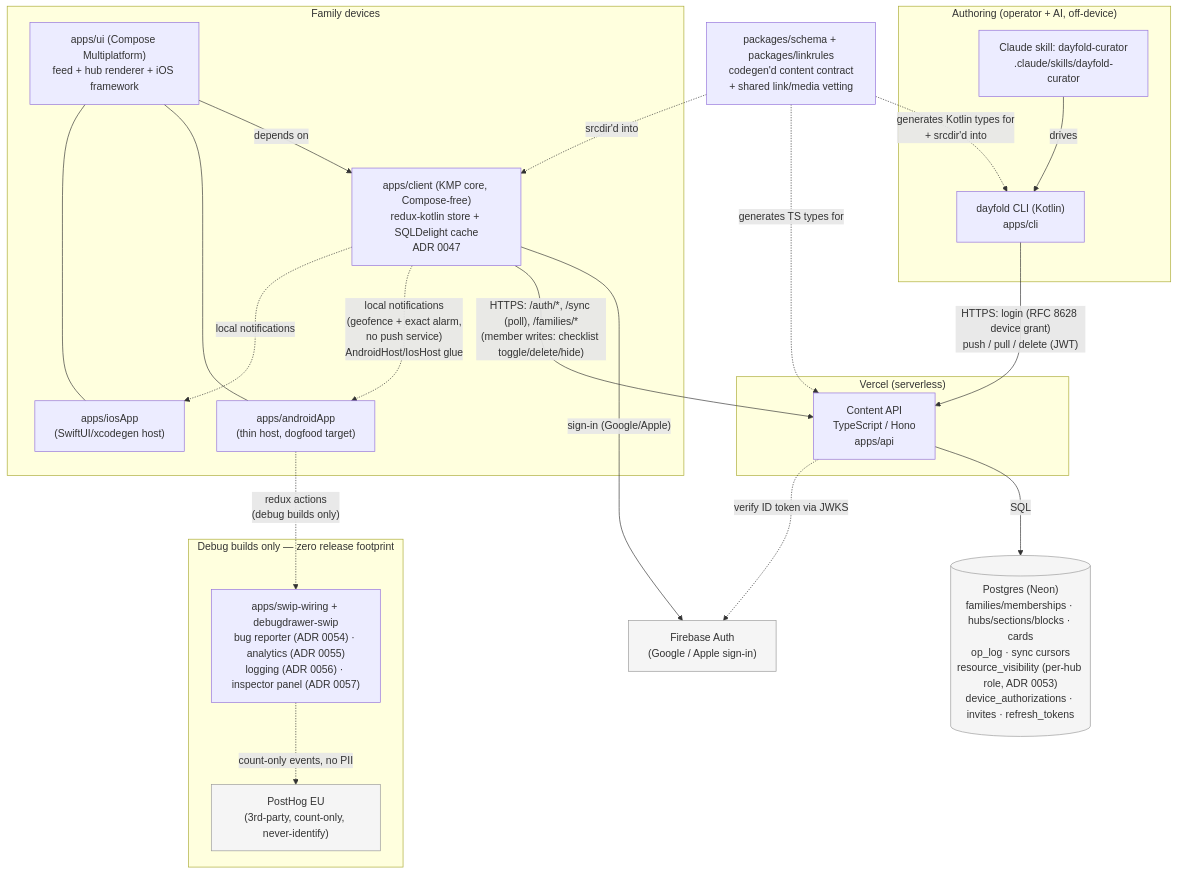
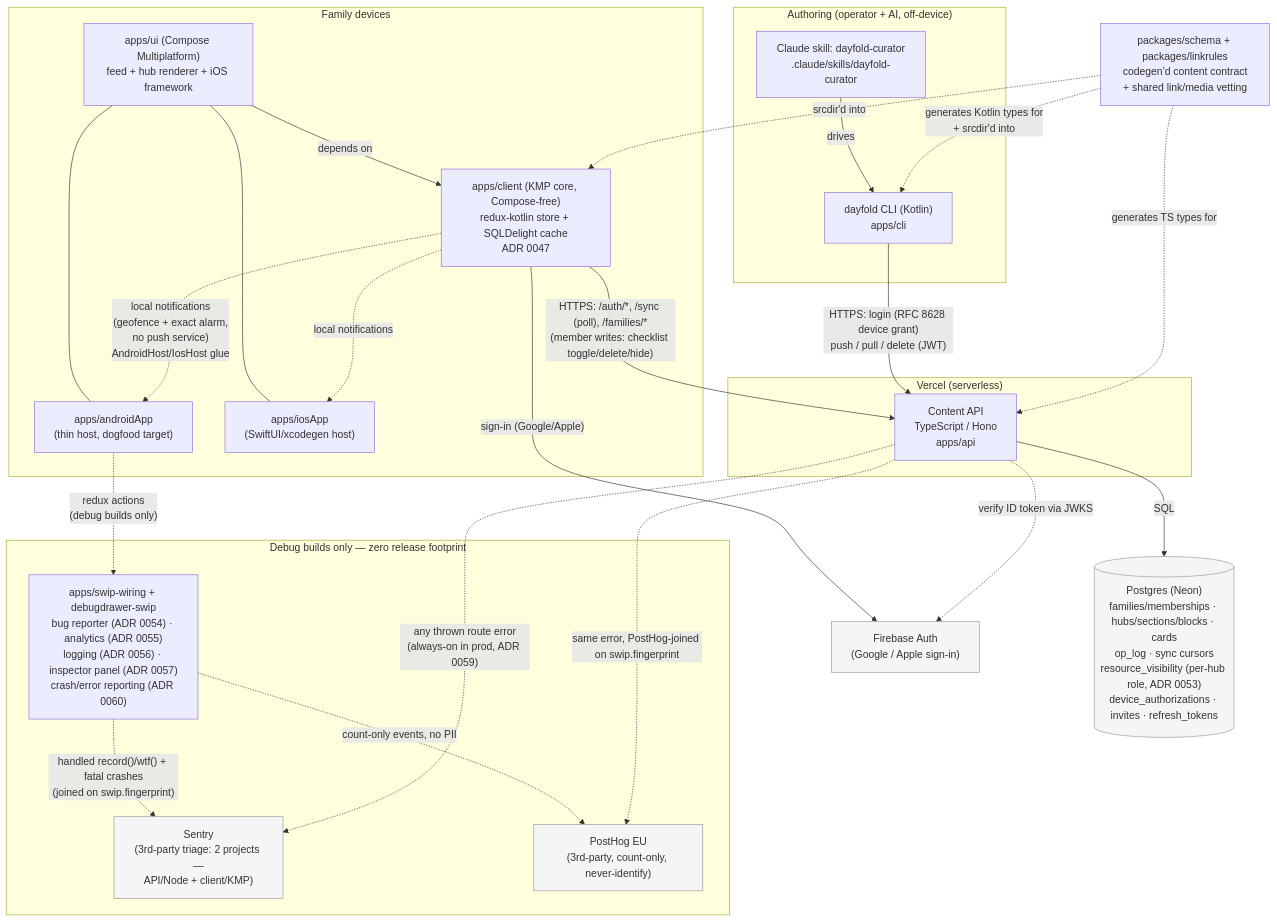
One commit to SloopWorks/dayfold changed the diagram in docs/architecture.md. Above: the diagram before and after it, drawn with Mermaid. The commit also changed other lines of this file and 9 other files, not shown here.

````diff
--- a/docs/architecture.md
+++ b/docs/architecture.md
@@ -10,49 +10,55 @@
 ```mermaid
 flowchart TB
     subgraph Authoring["Authoring (operator + AI, off-device)"]
         CLI["dayfold CLI (Kotlin)\napps/cli"]
         Skill["Claude skill: dayfold-curator\n.claude/skills/dayfold-curator"]
         Skill -- "drives" --> CLI
     end
 
     IdP["Firebase Auth\n(Google / Apple sign-in)"]
 
     subgraph Cloud["Vercel (serverless)"]
         API["Content API\nTypeScript / Hono\napps/api"]
     end
 
+    Sentry["Sentry\n(3rd-party triage: 2 projects —\nAPI/Node + client/KMP)"]
+
     DB[("Postgres (Neon)\nfamilies/memberships · hubs/sections/blocks · cards\nop_log · sync cursors\nresource_visibility (per-hub role, ADR 0053)\ndevice_authorizations · invites · refresh_tokens")]
 
     subgraph Devices["Family devices"]
         Core["apps/client (KMP core, Compose-free)\nredux-kotlin store + SQLDelight cache\nADR 0047"]
         UI["apps/ui (Compose Multiplatform)\nfeed + hub renderer + iOS framework"]
         AndroidHost["apps/androidApp\n(thin host, dogfood target)"]
         IosHost["apps/iosApp\n(SwiftUI/xcodegen host)"]
         UI -- "depends on" --> Core
         UI --- AndroidHost
         UI --- IosHost
     end
 
     subgraph Debug["Debug builds only — zero release footprint"]
-        Analytics["apps/swip-wiring + debugdrawer-swip\nbug reporter (ADR 0054) · analytics (ADR 0055)\nlogging (ADR 0056) · inspector panel (ADR 0057)"]
+        Analytics["apps/swip-wiring + debugdrawer-swip\nbug reporter (ADR 0054) · analytics (ADR 0055)\nlogging (ADR 0056) · inspector panel (ADR 0057)\ncrash/error reporting (ADR 0060)"]
         PostHog["PostHog EU\n(3rd-party, count-only, never-identify)"]
         Analytics -. "count-only events, no PII" .-> PostHog
+        Analytics -. "handled record()/wtf() + fatal crashes\n(joined on swip.fingerprint)" .-> Sentry
     end
 
     Shared["packages/schema + packages/linkrules\ncodegen'd content contract\n+ shared link/media vetting"]
+
+    API -. "any thrown route error\n(always-on in prod, ADR 0059)" .-> Sentry
+    API -. "same error, PostHog-joined on swip.fingerprint" .-> PostHog
 
     CLI -- "HTTPS: login (RFC 8628 device grant)\npush / pull / delete (JWT)" --> API
     API -- "SQL" --> DB
     Core -- "sign-in (Google/Apple)" --> IdP
     API -. "verify ID token via JWKS" .-> IdP
     Core -- "HTTPS: /auth/*, /sync (poll), /families/*\n(member writes: checklist toggle/delete/hide)" --> API
     Core -. "local notifications\n(geofence + exact alarm,\nno push service)\nAndroidHost/IosHost glue" .-> AndroidHost
     Core -. "local notifications" .-> IosHost
     AndroidHost -. "redux actions\n(debug builds only)" .-> Analytics
     Shared -. "generates TS types for" .-> API
     Shared -. "generates Kotlin types for\n+ srcdir'd into" .-> CLI
     Shared -. "srcdir'd into" .-> Core
 
     classDef ext fill:#f5f5f5,stroke:#999,color:#333;
-    class DB,IdP,PostHog ext;
+    class DB,IdP,PostHog,Sentry ext;
 ```
````
